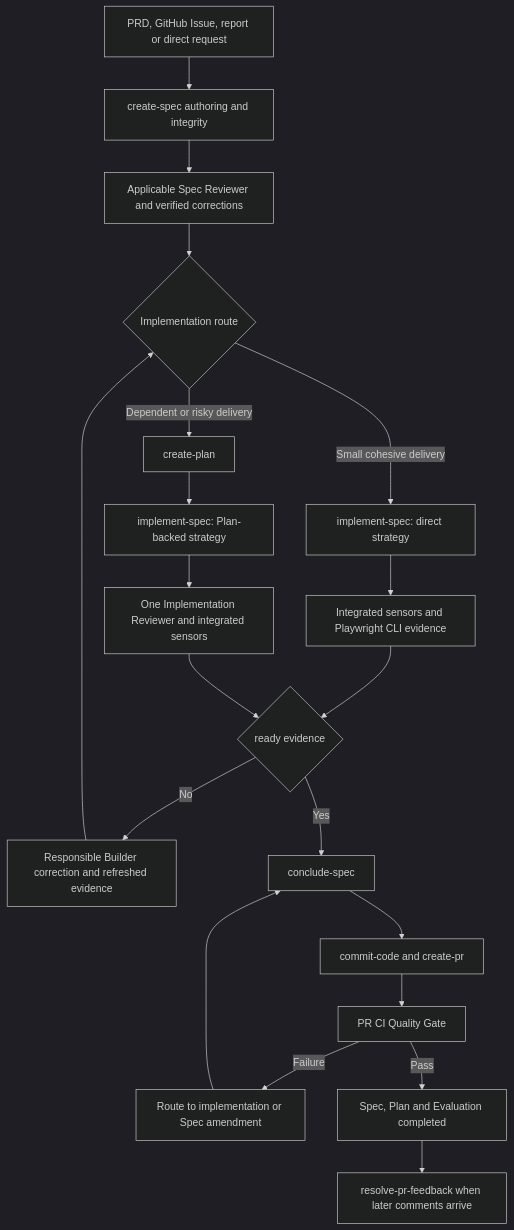
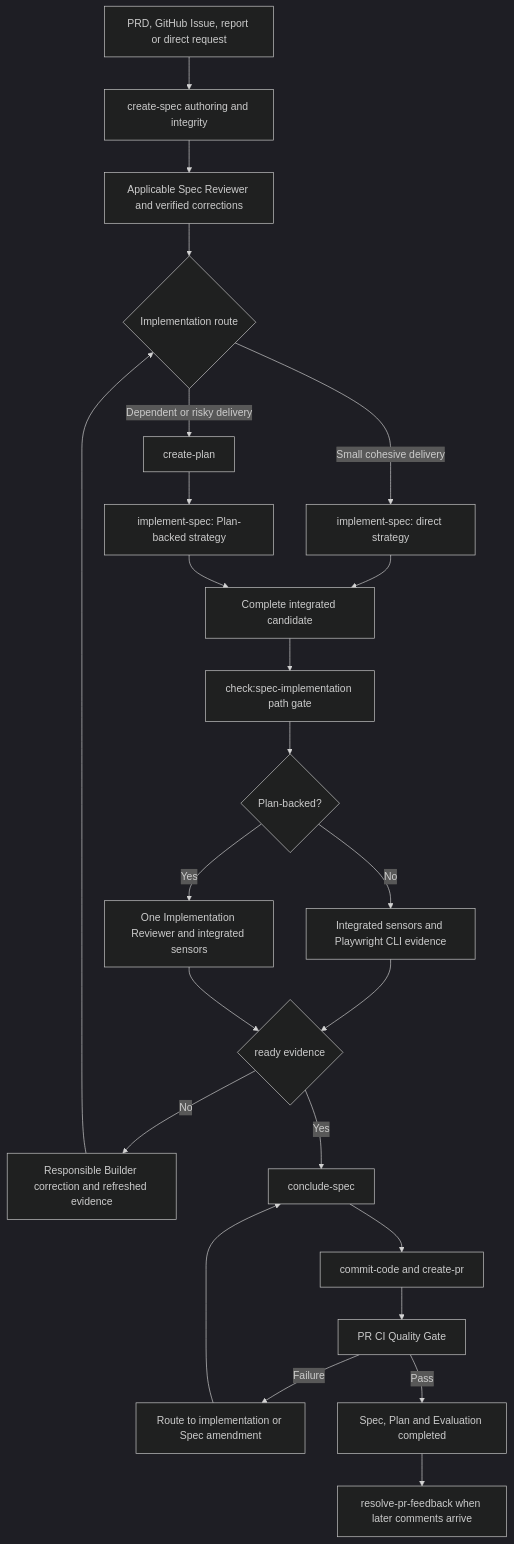
Before and after one commit to rafinel/scoops: the diagram in documentation/sdd.md, drawn with Mermaid (dark theme). The commit also changed other lines of this file and 26 other files, not shown here.

````diff
--- a/documentation/sdd.md
+++ b/documentation/sdd.md
@@ -163,22 +163,26 @@
 ```mermaid
 flowchart TD
     A["PRD, GitHub Issue, report or direct request"] --> B["create-spec authoring and integrity"]
     B --> SR["Applicable Spec Reviewer and verified corrections"]
     SR --> C{"Implementation route"}
     C -->|Small cohesive delivery| D["implement-spec: direct strategy"]
     C -->|Dependent or risky delivery| E["create-plan"]
     E --> F["implement-spec: Plan-backed strategy"]
-    D --> G["Integrated sensors and Playwright CLI evidence"]
-    F --> R["One Implementation Reviewer and integrated sensors"]
+    D --> IC["Complete integrated candidate"]
+    F --> IC
+    IC --> SIC["check:spec-implementation path gate"]
+    SIC --> RT{"Plan-backed?"}
+    RT -->|No| G["Integrated sensors and Playwright CLI evidence"]
+    RT -->|Yes| R["One Implementation Reviewer and integrated sensors"]
     G --> H{"ready evidence"}
     R --> H
     H -->|No| I["Responsible Builder correction and refreshed evidence"]
     I --> C
     H -->|Yes| J["conclude-spec"]
     J --> K["commit-code and create-pr"]
     K --> L["PR CI Quality Gate"]
     L -->|Failure| M["Route to implementation or Spec amendment"]
     M --> J
     L -->|Pass| N["Spec, Plan and Evaluation completed"]
     N --> O["resolve-pr-feedback when later comments arrive"]
 ```
````
